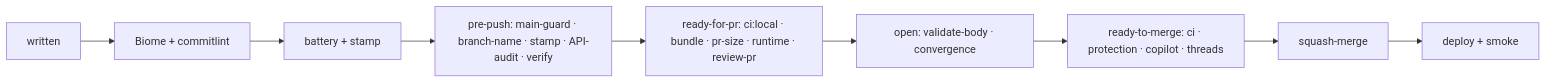
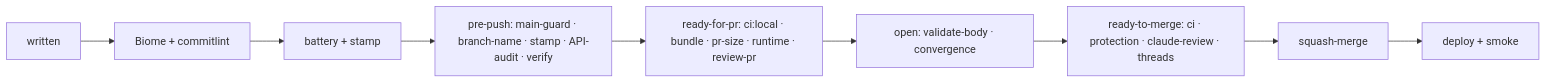
The second of 10 diagrams in docs/handbook/diagrams.md (erikunha/portfolio), drawn with Mermaid before and after one commit. The commit also changed other lines of this file and 26 other files, not shown here.

First line of the commit message:
feat(review): claude-review-only gate + purge Copilot from tooling/docs (#155)

````diff
--- a/docs/handbook/diagrams.md
+++ b/docs/handbook/diagrams.md
@@ -24,10 +24,10 @@
 ```mermaid
 flowchart LR
     w["written"] --> c["Biome + commitlint"]
     c --> b["battery + stamp"]
     b --> pp["pre-push: main-guard · branch-name · stamp · API-audit · verify"]
     pp --> rfp["ready-for-pr: ci:local · bundle · pr-size · runtime · review-pr"]
     rfp --> o["open: validate-body · convergence"]
-    o --> rtm["ready-to-merge: ci · protection · copilot · threads"]
+    o --> rtm["ready-to-merge: ci · protection · claude-review · threads"]
     rtm --> m["squash-merge"] --> d["deploy + smoke"]
 ```
````
